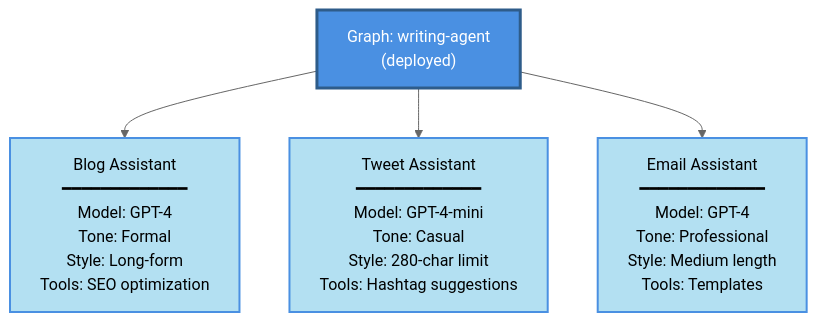
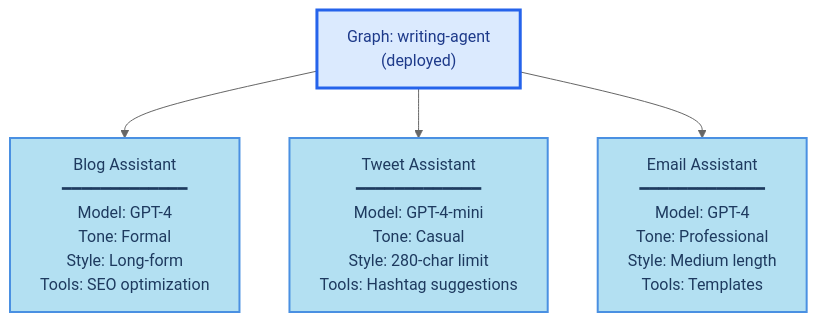
The second of 3 diagrams in langsmith/assistants.mdx (kunfan96/cndocs-langchain), drawn with Mermaid (neutral theme) before and after one commit. The commit also changed other lines of this file and 2533 other files, not shown here.

````diff
--- a/langsmith/assistants.mdx
+++ b/langsmith/assistants.mdx
@@ -60,12 +60,12 @@
 ```mermaid
 graph TD
     A["Graph: writing-agent<br/>(deployed)"]
     A --> B["Blog Assistant<br/>━━━━━━━━━━━━━<br/>Model: GPT-4<br/>Tone: Formal<br/>Style: Long-form<br/>Tools: SEO optimization"]
     A --> C["Tweet Assistant<br/>━━━━━━━━━━━━━<br/>Model: GPT-4-mini<br/>Tone: Casual<br/>Style: 280-char limit<br/>Tools: Hashtag suggestions"]
     A --> D["Email Assistant<br/>━━━━━━━━━━━━━<br/>Model: GPT-4<br/>Tone: Professional<br/>Style: Medium length<br/>Tools: Templates"]
 
-    style A fill:#4A90E2,stroke:#2E5C8A,stroke-width:3px,color:#fff
-    style B fill:#B3E0F2,stroke:#4A90E2,stroke-width:2px,color:#000
-    style C fill:#B3E0F2,stroke:#4A90E2,stroke-width:2px,color:#000
-    style D fill:#B3E0F2,stroke:#4A90E2,stroke-width:2px,color:#000
+    style A fill:#DBEAFE,stroke:#2563EB,stroke-width:3px,color:#1E3A8A
+    style B fill:#B3E0F2,stroke:#4A90E2,stroke-width:2px,color:#1E3A5F
+    style C fill:#B3E0F2,stroke:#4A90E2,stroke-width:2px,color:#1E3A5F
+    style D fill:#B3E0F2,stroke:#4A90E2,stroke-width:2px,color:#1E3A5F
 ```
````
